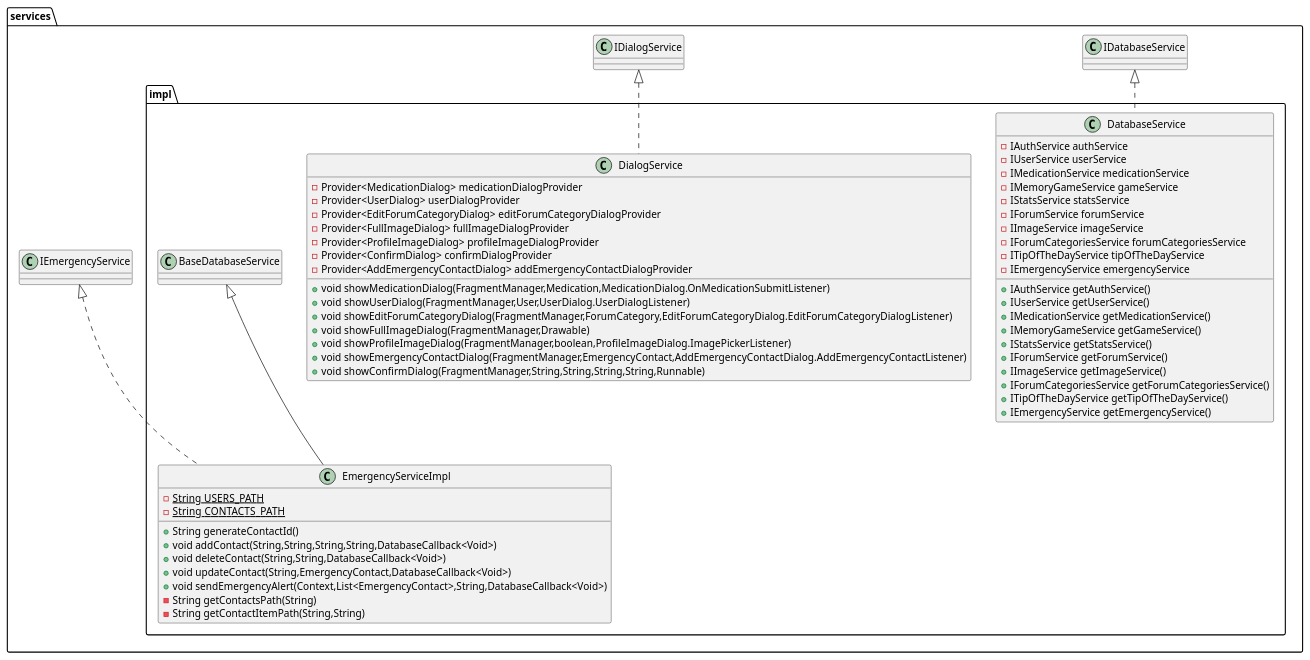
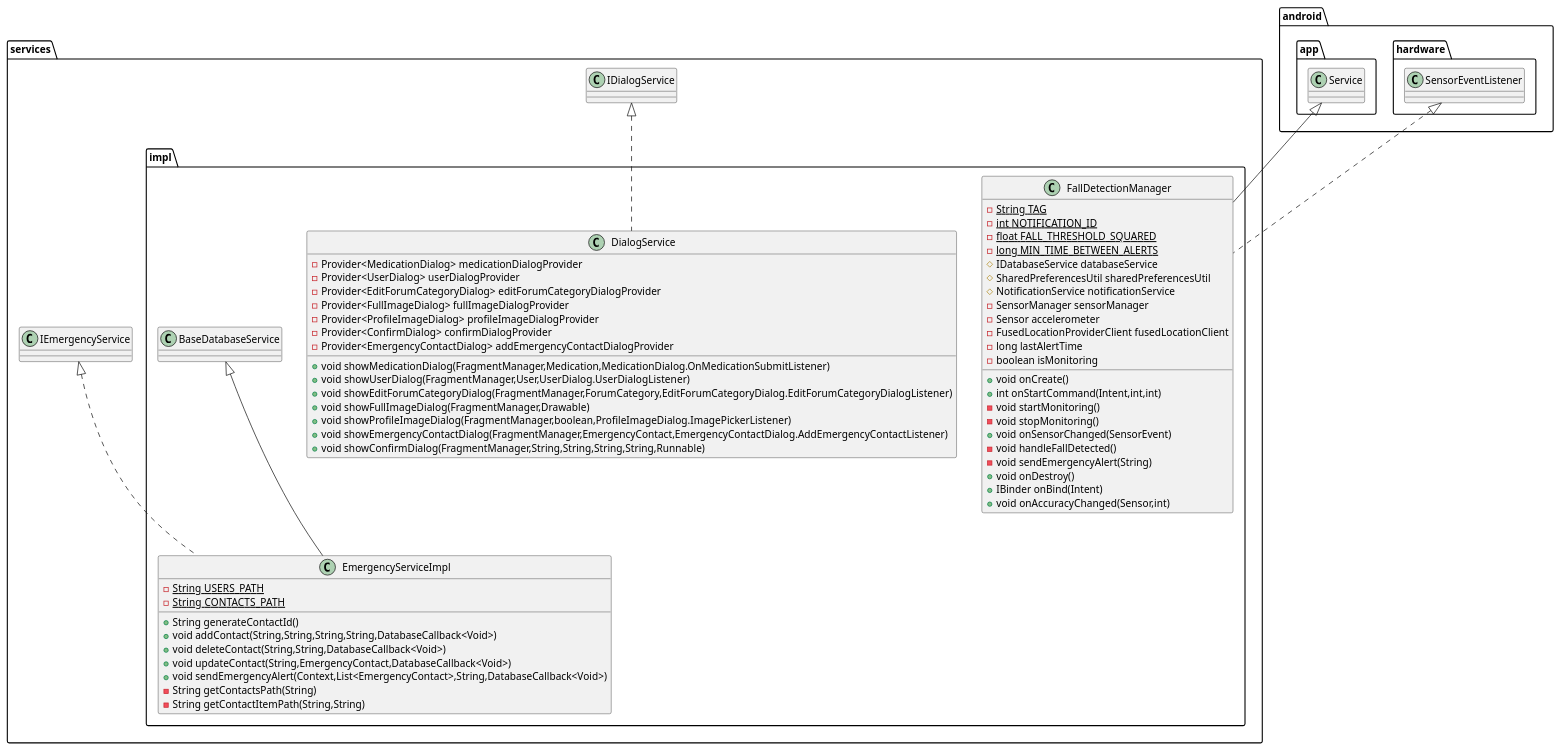
One commit to sagiv23/ShvilHazhav changed the diagram in umls/impl2.puml. Above: the diagram before and after it, drawn with PlantUML. The commit also changed 11 other files, not shown here.

```diff
--- a/umls/impl2.puml
+++ b/umls/impl2.puml
@@ -1,63 +1,66 @@
 @startuml
-class services.impl.DatabaseService {
-- IAuthService authService
-- IUserService userService
-- IMedicationService medicationService
-- IMemoryGameService gameService
-- IStatsService statsService
-- IForumService forumService
-- IImageService imageService
-- IForumCategoriesService forumCategoriesService
-- ITipOfTheDayService tipOfTheDayService
-- IEmergencyService emergencyService
-+ IAuthService getAuthService()
-+ IUserService getUserService()
-+ IMedicationService getMedicationService()
-+ IMemoryGameService getGameService()
-+ IStatsService getStatsService()
-+ IForumService getForumService()
-+ IImageService getImageService()
-+ IForumCategoriesService getForumCategoriesService()
-+ ITipOfTheDayService getTipOfTheDayService()
-+ IEmergencyService getEmergencyService()
-}
-
-
 class services.impl.DialogService {
 - Provider<MedicationDialog> medicationDialogProvider
 - Provider<UserDialog> userDialogProvider
 - Provider<EditForumCategoryDialog> editForumCategoryDialogProvider
 - Provider<FullImageDialog> fullImageDialogProvider
 - Provider<ProfileImageDialog> profileImageDialogProvider
 - Provider<ConfirmDialog> confirmDialogProvider
-- Provider<AddEmergencyContactDialog> addEmergencyContactDialogProvider
+- Provider<EmergencyContactDialog> addEmergencyContactDialogProvider
 + void showMedicationDialog(FragmentManager,Medication,MedicationDialog.OnMedicationSubmitListener)
 + void showUserDialog(FragmentManager,User,UserDialog.UserDialogListener)
 + void showEditForumCategoryDialog(FragmentManager,ForumCategory,EditForumCategoryDialog.EditForumCategoryDialogListener)
 + void showFullImageDialog(FragmentManager,Drawable)
 + void showProfileImageDialog(FragmentManager,boolean,ProfileImageDialog.ImagePickerListener)
-+ void showEmergencyContactDialog(FragmentManager,EmergencyContact,AddEmergencyContactDialog.AddEmergencyContactListener)
++ void showEmergencyContactDialog(FragmentManager,EmergencyContact,EmergencyContactDialog.AddEmergencyContactListener)
 + void showConfirmDialog(FragmentManager,String,String,String,String,Runnable)
+}
+
+
+class services.impl.FallDetectionManager {
+- {static} String TAG
+- {static} int NOTIFICATION_ID
+- {static} float FALL_THRESHOLD_SQUARED
+- {static} long MIN_TIME_BETWEEN_ALERTS
+# IDatabaseService databaseService
+# SharedPreferencesUtil sharedPreferencesUtil
+# NotificationService notificationService
+- SensorManager sensorManager
+- Sensor accelerometer
+- FusedLocationProviderClient fusedLocationClient
+- long lastAlertTime
+- boolean isMonitoring
++ void onCreate()
++ int onStartCommand(Intent,int,int)
+- void startMonitoring()
+- void stopMonitoring()
++ void onSensorChanged(SensorEvent)
+- void handleFallDetected()
+- void sendEmergencyAlert(String)
++ void onDestroy()
++ IBinder onBind(Intent)
++ void onAccuracyChanged(Sensor,int)
 }
 
 
 class services.impl.EmergencyServiceImpl {
 - {static} String USERS_PATH
 - {static} String CONTACTS_PATH
 + String generateContactId()
 + void addContact(String,String,String,String,DatabaseCallback<Void>)
 + void deleteContact(String,String,DatabaseCallback<Void>)
 + void updateContact(String,EmergencyContact,DatabaseCallback<Void>)
 + void sendEmergencyAlert(Context,List<EmergencyContact>,String,DatabaseCallback<Void>)
 - String getContactsPath(String)
 - String getContactItemPath(String,String)
 }
 
 
 
 
-services.IDatabaseService <|.. services.impl.DatabaseService
 services.IDialogService <|.. services.impl.DialogService
+android.hardware.SensorEventListener <|.. services.impl.FallDetectionManager
+android.app.Service <|-- services.impl.FallDetectionManager
 services.IEmergencyService <|.. services.impl.EmergencyServiceImpl
 services.impl.BaseDatabaseService <|-- services.impl.EmergencyServiceImpl
 @enduml
```
